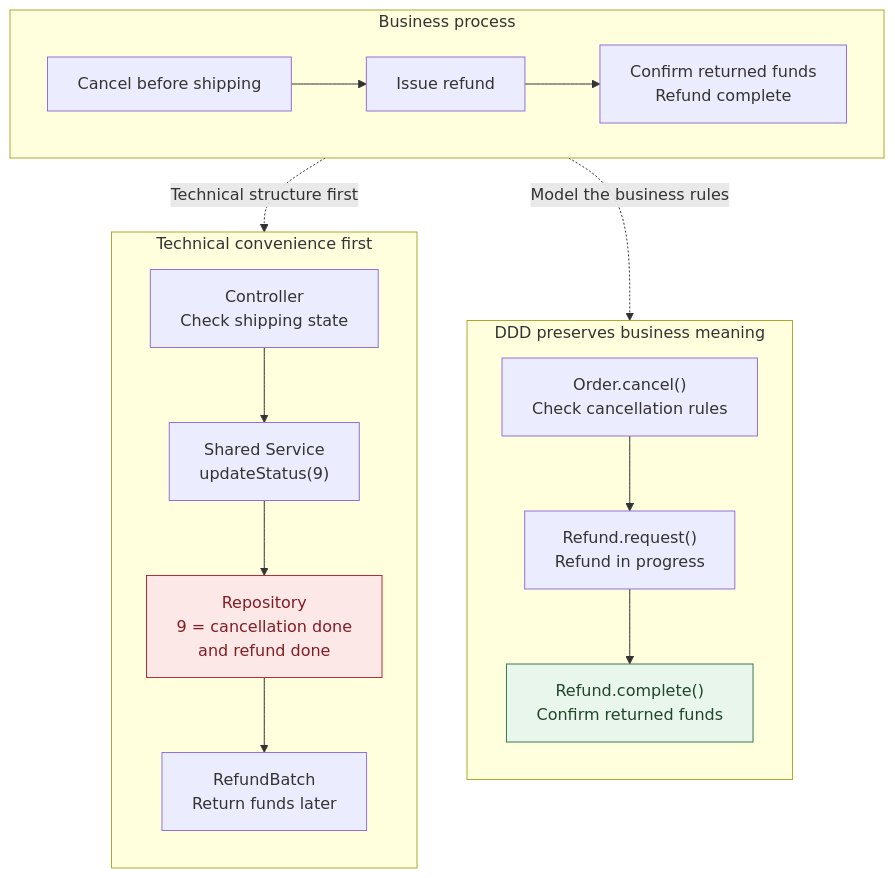
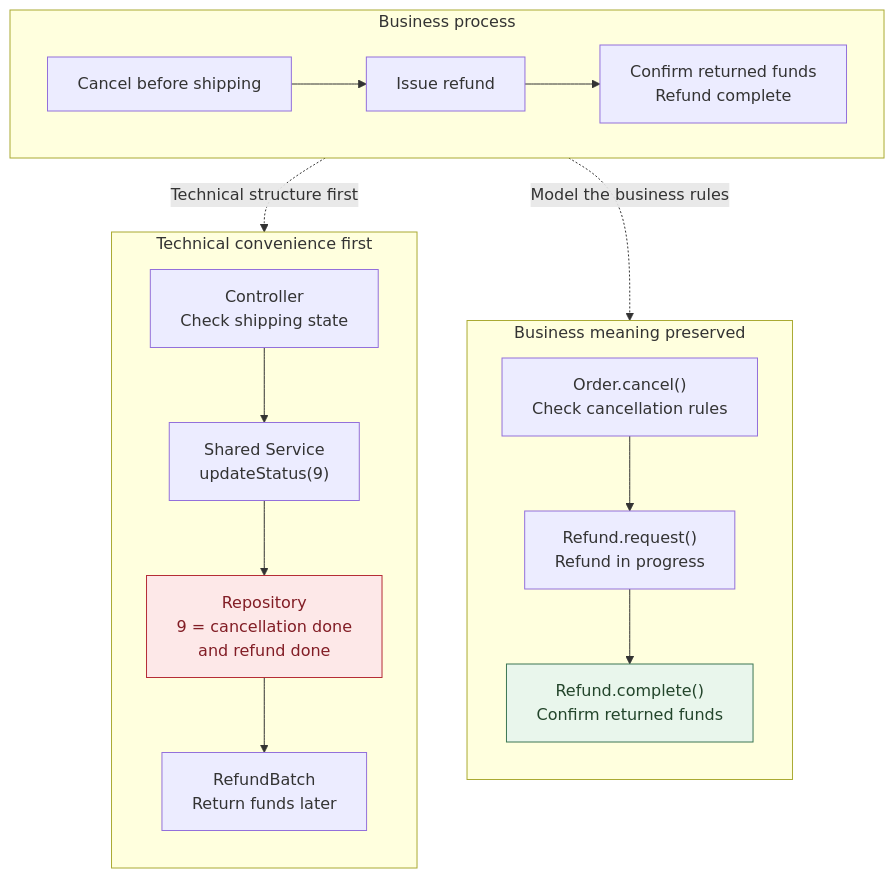
The first of 7 diagrams in _en/2026-11-05-enterprise-wide-ax-essentials.md (haandol/haandol.github.com), drawn with Mermaid before and after one commit. The commit also changed other lines of this file and 3 other files, not shown here.

````diff
--- a/_en/2026-11-05-enterprise-wide-ax-essentials.md
+++ b/_en/2026-11-05-enterprise-wide-ax-essentials.md
@@ -47,24 +47,24 @@
 ```mermaid
 flowchart TB
   subgraph B["Business process"]
     direction LR
     B1["Cancel before shipping"] --> B2["Issue refund"] --> B3["Confirm returned funds<br/>Refund complete"]
   end
   subgraph T["Technical convenience first"]
     direction TB
     T1["Controller<br/>Check shipping state"] --> T2["Shared Service<br/>updateStatus(9)"]
     T2 --> T3["Repository<br/>9 = cancellation done<br/>and refund done"]
     T3 --> T4["RefundBatch<br/>Return funds later"]
   end
-  subgraph D["DDD preserves business meaning"]
+  subgraph D["Business meaning preserved"]
     direction TB
     D1["Order.cancel()<br/>Check cancellation rules"] --> D2["Refund.request()<br/>Refund in progress"]
     D2 --> D3["Refund.complete()<br/>Confirm returned funds"]
   end
   B -.->|"Technical structure first"| T
   B -.->|"Model the business rules"| D
   classDef mismatch fill:#fde8e8,stroke:#b52d36,color:#821d25
   classDef aligned fill:#e9f6ec,stroke:#3c7754,color:#23452b
   class T3 mismatch
   class D3 aligned
 ```
````
